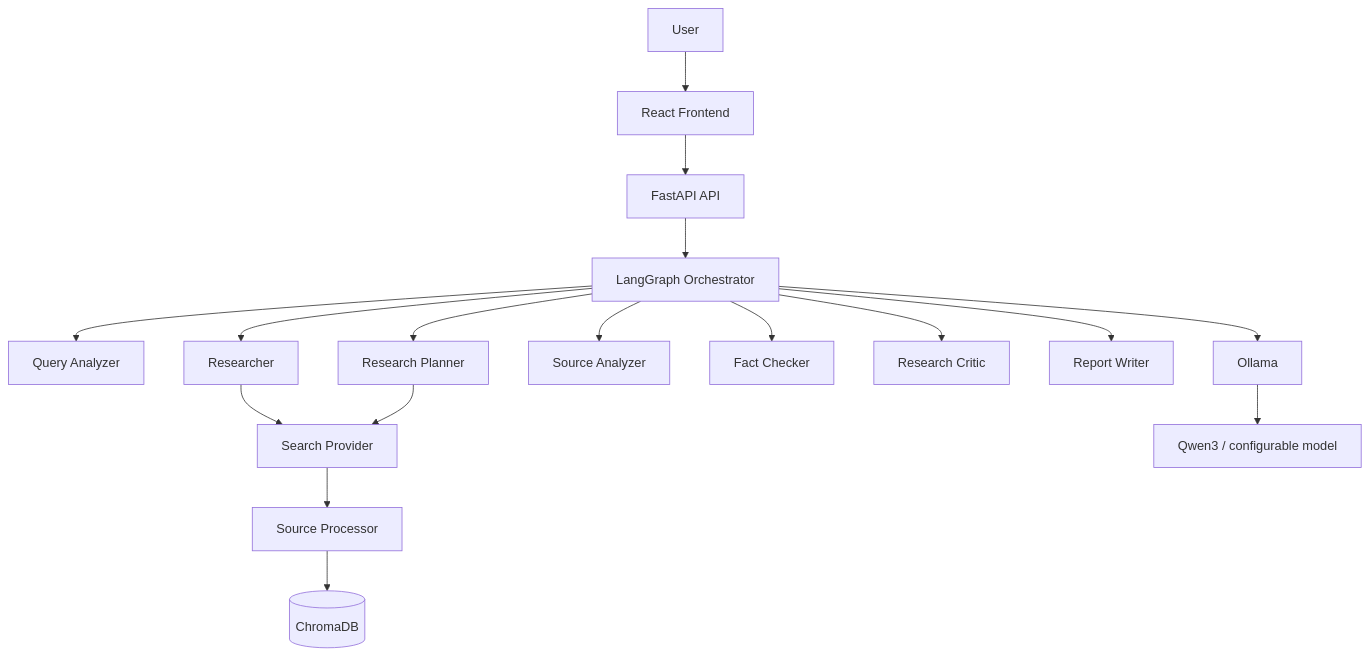
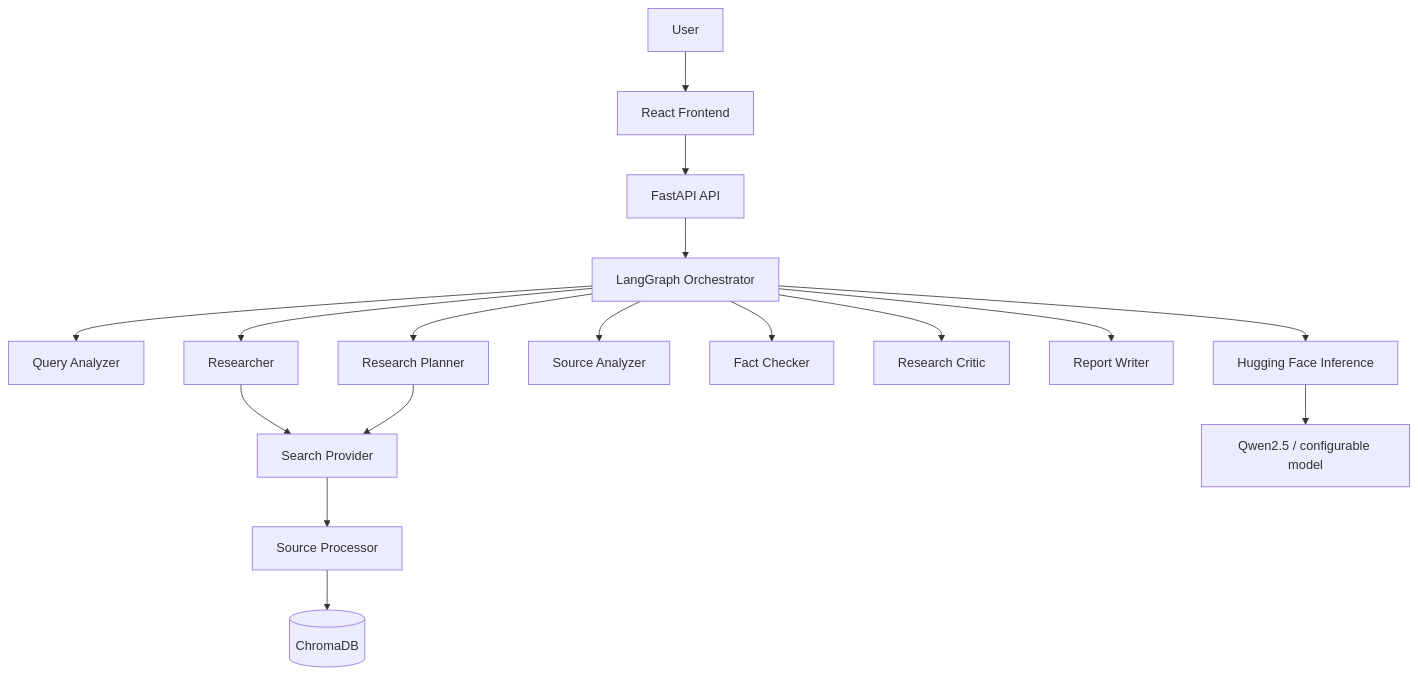
Before and after one commit to mustafaabdullahai-dev/openresearch-langgraph: the diagram in README.md, drawn with Mermaid. The commit also changed other lines of this file and 23 other files, not shown here.

First line of the commit message:
refactor: replace Ollama with Hugging Face hosted inference (HF-only LLM backend)

````diff
--- a/README.md
+++ b/README.md
@@ -31,19 +32,19 @@
 ```mermaid
 flowchart TD
     User[User] --> FE[React Frontend]
     FE --> API[FastAPI API]
     API --> LG[LangGraph Orchestrator]
     LG --> QA[Query Analyzer]
     LG --> RP[Research Planner]
     LG --> RA[Researcher]
     LG --> SA[Source Analyzer]
     LG --> FC[Fact Checker]
     LG --> RC[Research Critic]
     LG --> RW[Report Writer]
     RA --> SP[Search Provider]
     RP --> SP
     SP --> SR[Source Processor]
     SR --> Chroma[(ChromaDB)]
-    LG --> O[Ollama]
-    O --> M[Qwen3 / configurable model]
+    LG --> HF[Hugging Face Inference]
+    HF --> M[Qwen2.5 / configurable model]
 ```
````
